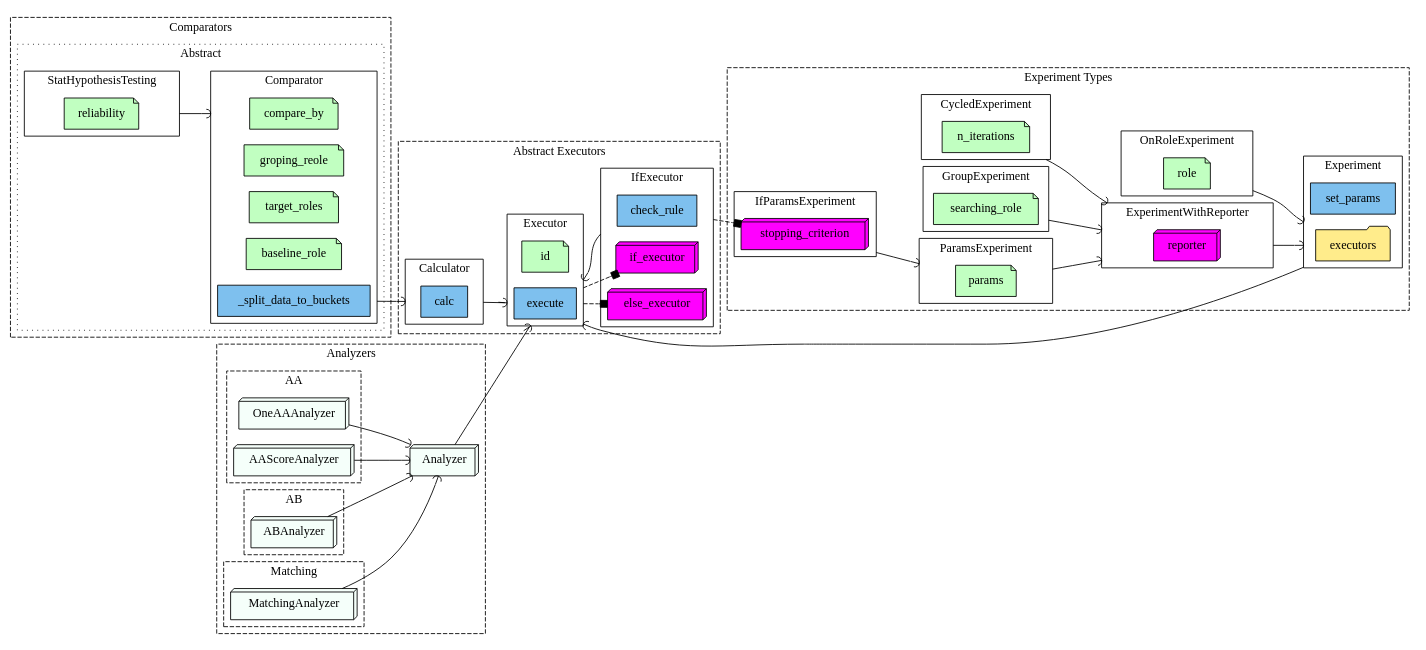
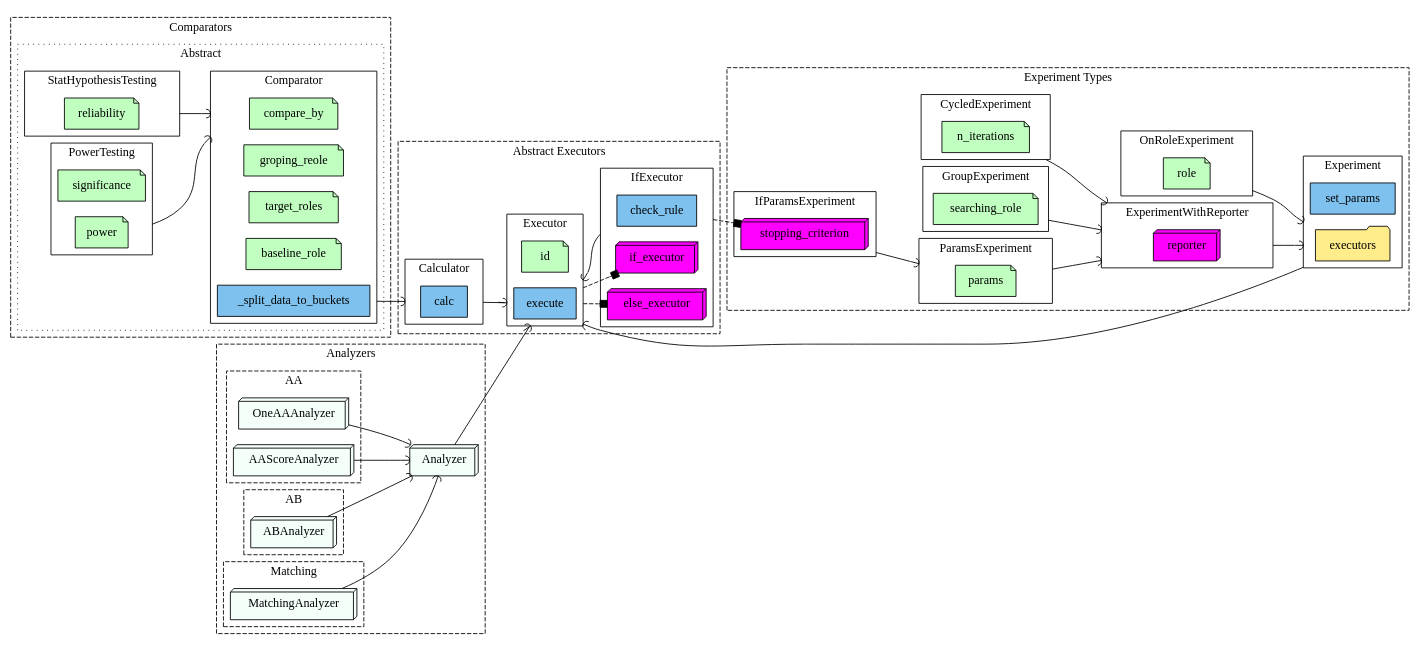
Before and after one commit to sb-ai-lab/HypEx: the diagram in schemes/executors_famaly.dot, drawn with Graphviz.

Commit message:
Abstract comporators are finished

```diff
--- a/schemes/executors_famaly.dot
+++ b/schemes/executors_famaly.dot
@@ -15,6 +15,8 @@
         target_roles,
         baseline_role
         reliability
+        significance,
+        power
     }
 
     subgraph functions{
@@ -220,6 +222,17 @@
                 ltail=cluster_stat_hyp_testing
                 lhead=cluster_comporator
             ]
+
+            subgraph cluster_power_testing{
+                graph[label="PowerTesting", style="solid"]
+                significance
+                power
+            }
+            power -> compare_by [        
+                arrowhead=curve
+                ltail=cluster_power_testing
+                lhead=cluster_comporator
+            ]
         }
     }
 }
```
